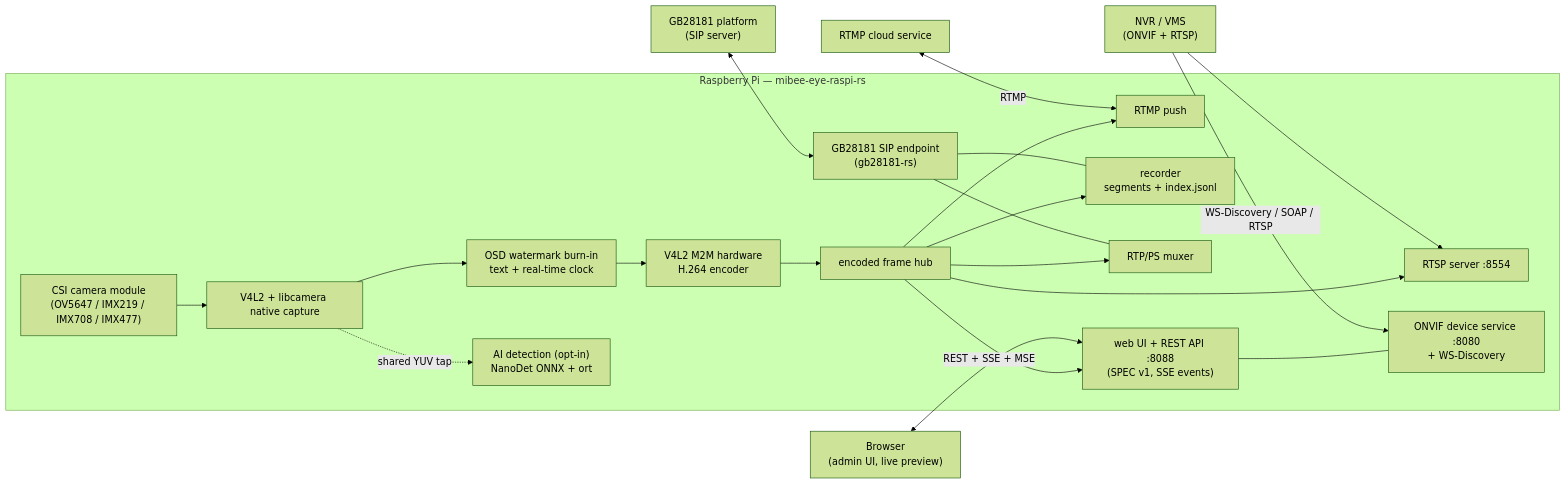
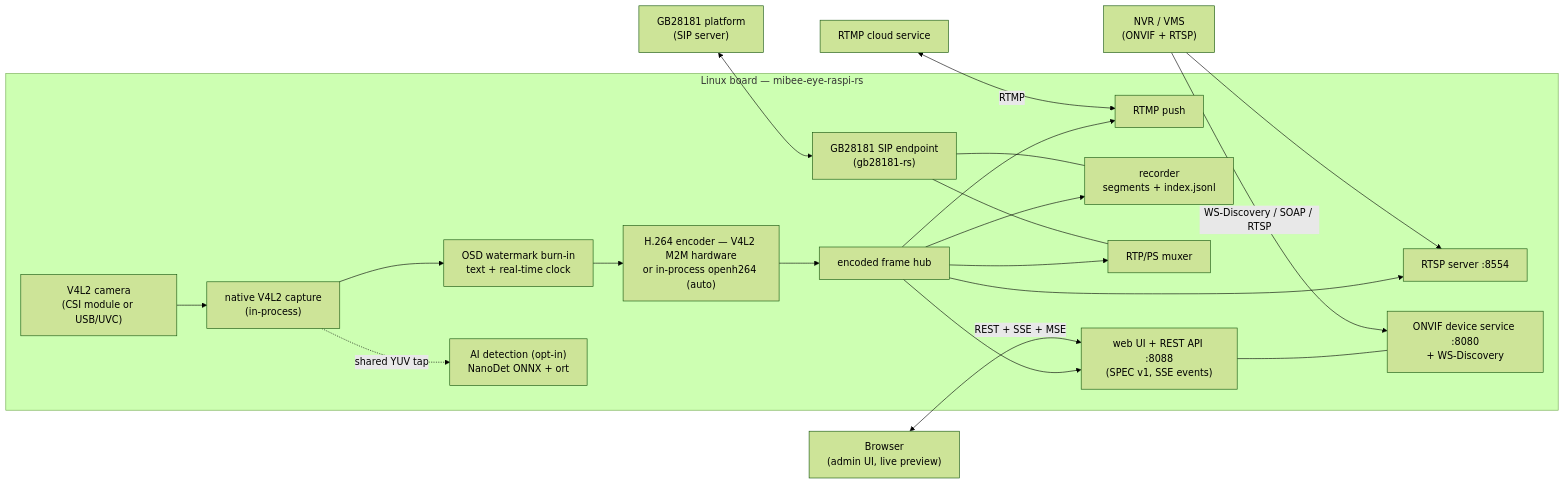
One commit to xiqing85/mibee-eye-rs changed the first of 2 diagrams in README.md. Above: the diagram before and after it, drawn with Mermaid (forest theme). The commit also changed other lines of this file and 7 other files, not shown here.

````diff
--- a/README.md
+++ b/README.md
@@ -66,40 +66,40 @@
 ```mermaid
 flowchart LR
-    subgraph device["Raspberry Pi — mibee-eye-raspi-rs"]
-        CAM["CSI camera module<br/>(OV5647 / IMX219 / IMX708 / IMX477)"]
-        CAP["V4L2 + libcamera native capture"]
+    subgraph device["Linux board — mibee-eye-raspi-rs"]
+        CAM["V4L2 camera<br/>(CSI module or USB/UVC)"]
+        CAP["native V4L2 capture<br/>(in-process)"]
         WM["OSD watermark burn-in<br/>text + real-time clock"]
-        ENC["V4L2 M2M hardware<br/>H.264 encoder"]
+        ENC["H.264 encoder — V4L2 M2M hardware<br/>or in-process openh264 (auto)"]
         HUB["encoded frame hub"]
         RTSP["RTSP server :8554"]
         RTMP["RTMP push"]
         REC["recorder<br/>segments + index.jsonl"]
         PS["RTP/PS muxer"]
         AI["AI detection (opt-in)<br/>NanoDet ONNX + ort"]
         WEB["web UI + REST API :8088<br/>(SPEC v1, SSE events)"]
         ONVIF["ONVIF device service :8080<br/>+ WS-Discovery"]
         SIP["GB28181 SIP endpoint<br/>(gb28181-rs)"]
 
         CAM --> CAP --> WM --> ENC --> HUB
         CAP -. "shared YUV tap" .-> AI
         HUB --> RTSP
         HUB --> RTMP
         HUB --> REC
         HUB --> PS
         HUB --> WEB
         WEB --- ONVIF
         SIP --- PS
         SIP --- REC
     end
 
     NVR["NVR / VMS<br/>(ONVIF + RTSP)"]
     PLAT["GB28181 platform<br/>(SIP server)"]
     CLOUD["RTMP cloud service"]
     BROWSER["Browser<br/>(admin UI, live preview)"]
 
     NVR -- "WS-Discovery / SOAP / RTSP" --> ONVIF
     NVR --> RTSP
     PLAT <--> SIP
     CLOUD <-- "RTMP" --> RTMP
     BROWSER <-- "REST + SSE + MSE" --> WEB
 ```
````
